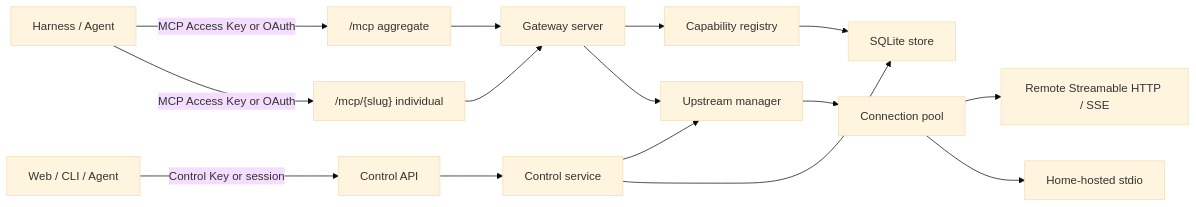
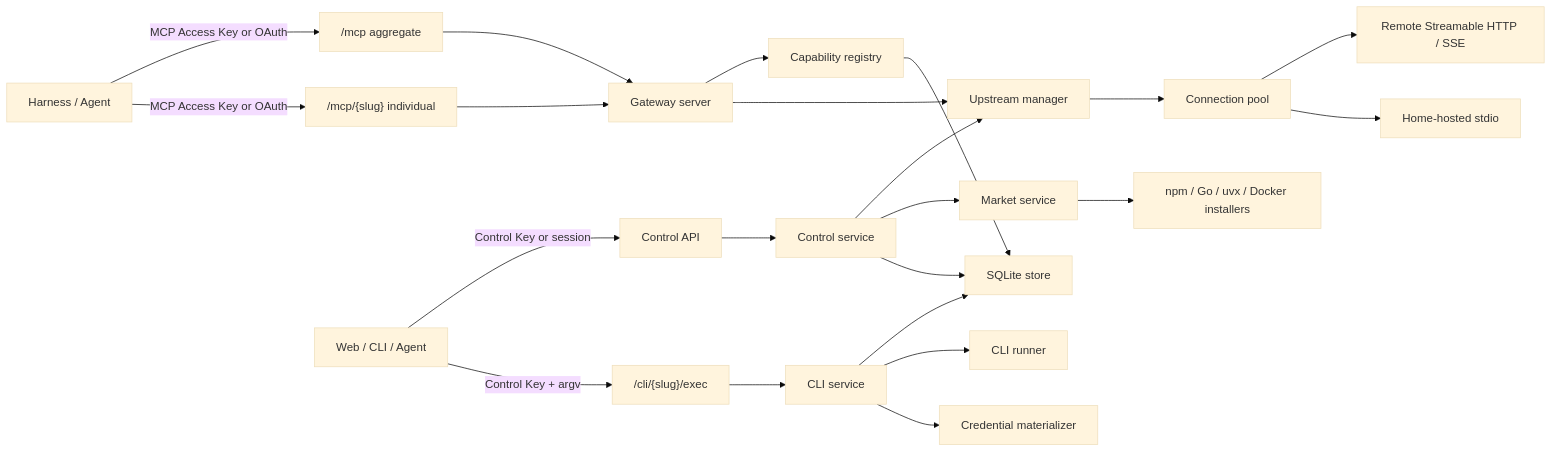
Before and after one commit to crayonlu/toolhome: the diagram in docs/architecture.md, drawn with Mermaid (base theme). The commit also changed other lines of this file and 31 other files, not shown here.

Commit message:
Extend ToolHome with hosted CLI plane and installers

````diff
--- a/docs/architecture.md
+++ b/docs/architecture.md
@@ -5,17 +5,24 @@
 ```mermaid
 flowchart LR
   H["Harness / Agent"] -->|"MCP Access Key or OAuth"| A["/mcp aggregate"]
   H -->|"MCP Access Key or OAuth"| I["/mcp/{slug} individual"]
   U["Web / CLI / Agent"] -->|"Control Key or session"| C["Control API"]
+  U -->|"Control Key + argv"| X["/cli/{slug}/exec"]
   A --> G["Gateway server"]
   I --> G
   C --> S["Control service"]
+  X --> L["CLI service"]
   G --> R["Capability registry"]
   G --> M["Upstream manager"]
   S --> M
+  S --> K["Market service"]
+  K --> IR["npm / Go / uvx / Docker installers"]
   S --> D["SQLite store"]
+  L --> D
+  L --> CR["CLI runner"]
+  L --> CM["Credential materializer"]
   R --> D
   M --> P["Connection pool"]
   P --> RH["Remote Streamable HTTP / SSE"]
   P --> HS["Home-hosted stdio"]
 ```
````
